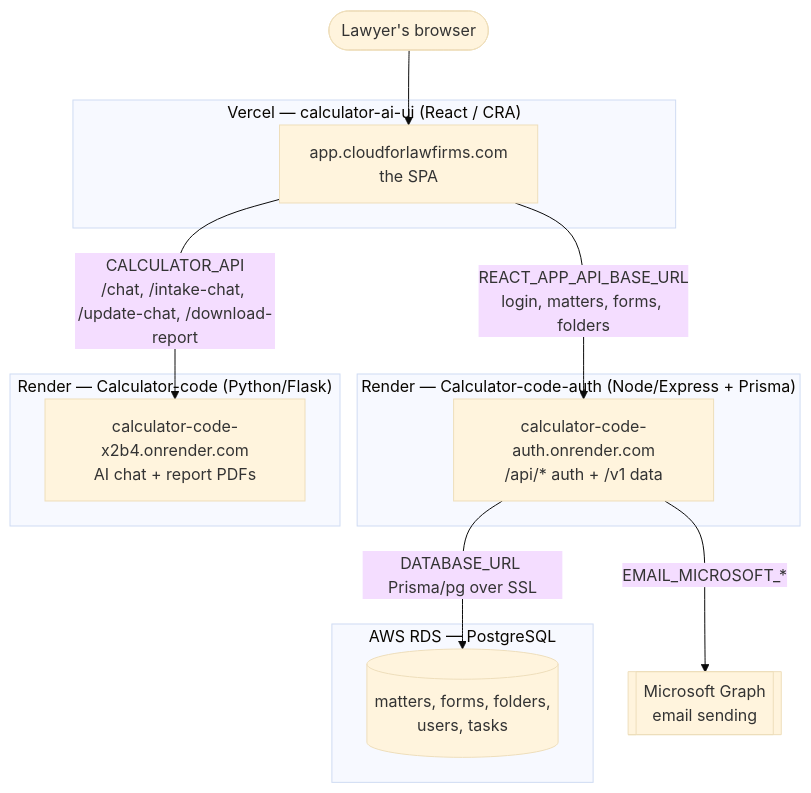
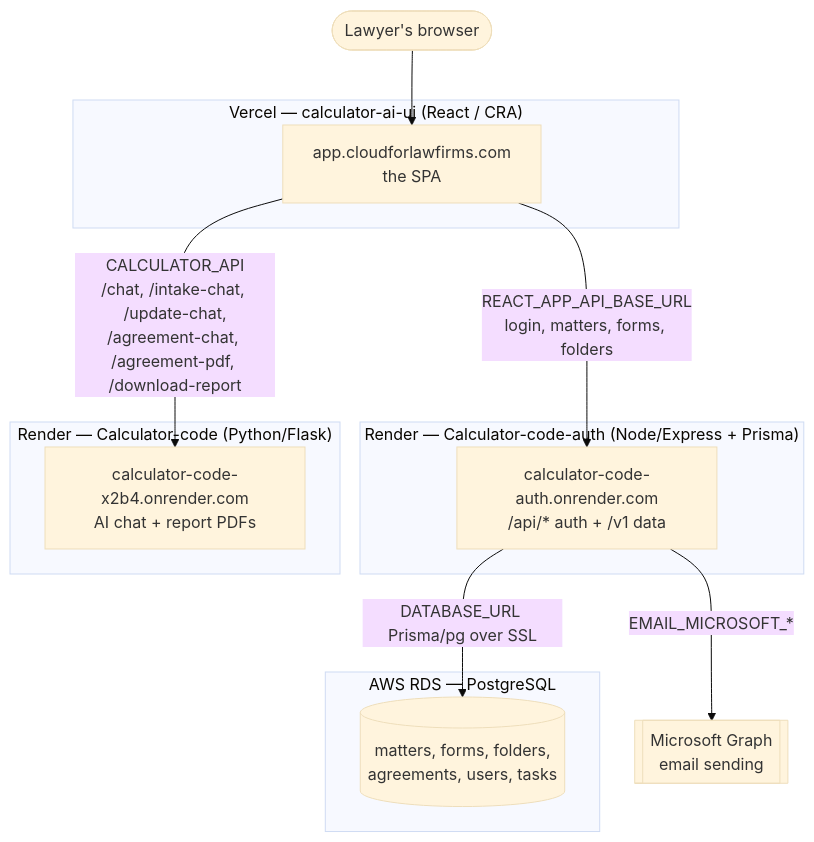
One commit to cloudactai/Calculator-code changed the diagram in docs/ARCHITECTURE.md. Above: the diagram before and after it, drawn with Mermaid (base theme). The commit also changed other lines of this file and 6 other files, not shown here.

````diff
--- a/docs/ARCHITECTURE.md
+++ b/docs/ARCHITECTURE.md
@@ -28,28 +28,28 @@
 ```mermaid
 flowchart TD
     User([Lawyer's browser])
 
     subgraph Vercel["Vercel — calculator-ai-ui (React / CRA)"]
       UI[app.cloudforlawfirms.com<br/>the SPA]
     end
 
     subgraph RenderAuth["Render — Calculator-code-auth (Node/Express + Prisma)"]
       AUTH[calculator-code-auth.onrender.com<br/>/api/* auth + /v1 data]
     end
 
     subgraph RenderFlask["Render — Calculator-code (Python/Flask)"]
       FLASK[calculator-code-x2b4.onrender.com<br/>AI chat + report PDFs]
     end
 
     subgraph AWS["AWS RDS — PostgreSQL"]
-      DB[(matters, forms, folders,<br/>users, tasks)]
+      DB[(matters, forms, folders,<br/>agreements, users, tasks)]
     end
 
     Graph[[Microsoft Graph<br/>email sending]]
 
     User --> UI
     UI -->|REACT_APP_API_BASE_URL<br/>login, matters, forms, folders| AUTH
-    UI -->|CALCULATOR_API<br/>/chat, /intake-chat, /update-chat, /download-report| FLASK
+    UI -->|CALCULATOR_API<br/>/chat, /intake-chat, /update-chat,<br/>/agreement-chat, /agreement-pdf, /download-report| FLASK
     AUTH -->|DATABASE_URL Prisma/pg over SSL| DB
     AUTH -->|EMAIL_MICROSOFT_*| Graph
 ```
````
